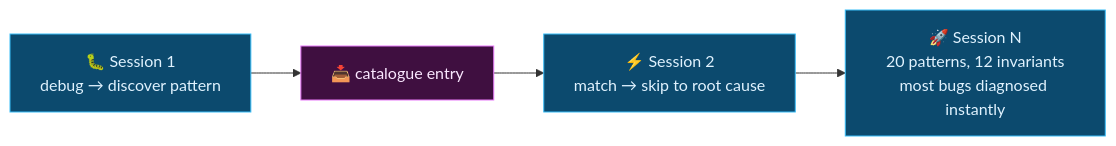
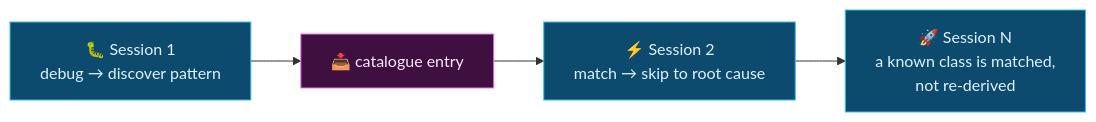
One commit to MrityunjayBhardwaj/anvi changed the second of 2 diagrams in README.md. Above: the diagram before and after it, drawn with Mermaid. The commit also changed other lines of this file and 2 other files, not shown here.

````diff
--- a/README.md
+++ b/README.md
@@ -86,11 +90,11 @@
 ```mermaid
 flowchart LR
     S1["🐛 Session 1<br/>debug → discover pattern"] --> E1["📥 catalogue entry"]
     E1 --> S2["⚡ Session 2<br/>match → skip to root cause"]
-    S2 --> SN["🚀 Session N<br/>20 patterns, 12 invariants<br/>most bugs diagnosed instantly"]
+    S2 --> SN["🚀 Session N<br/>a known class is matched,<br/>not re-derived"]
 
     classDef a fill:#0c4a6e,stroke:#38bdf8,color:#e0f2fe;
     classDef b fill:#3f0f40,stroke:#e879f9,color:#fae8ff;
     class S1,S2,SN a;
     class E1 b;
 ```
````
